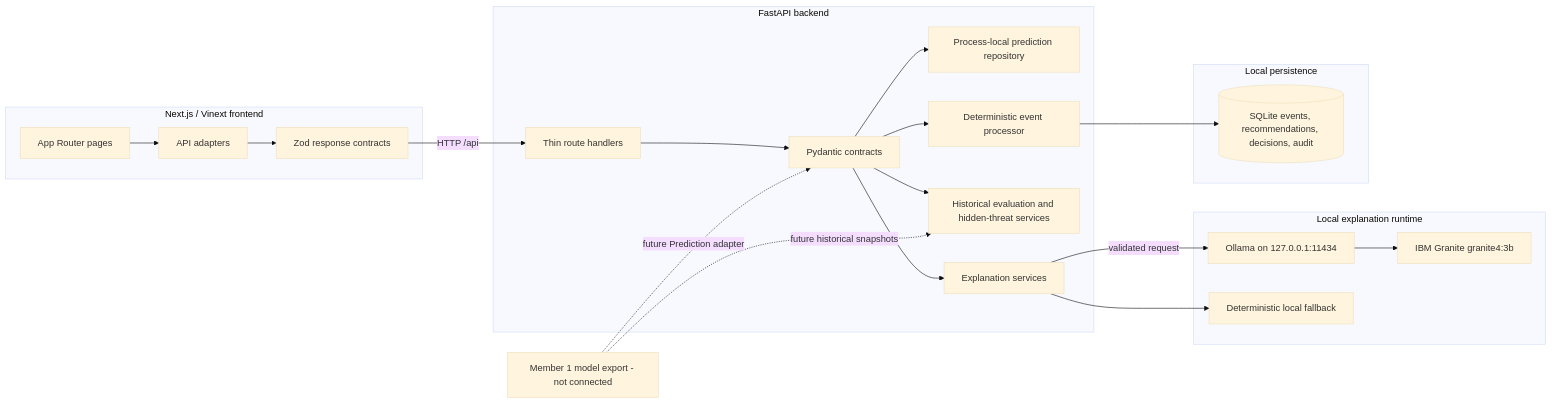
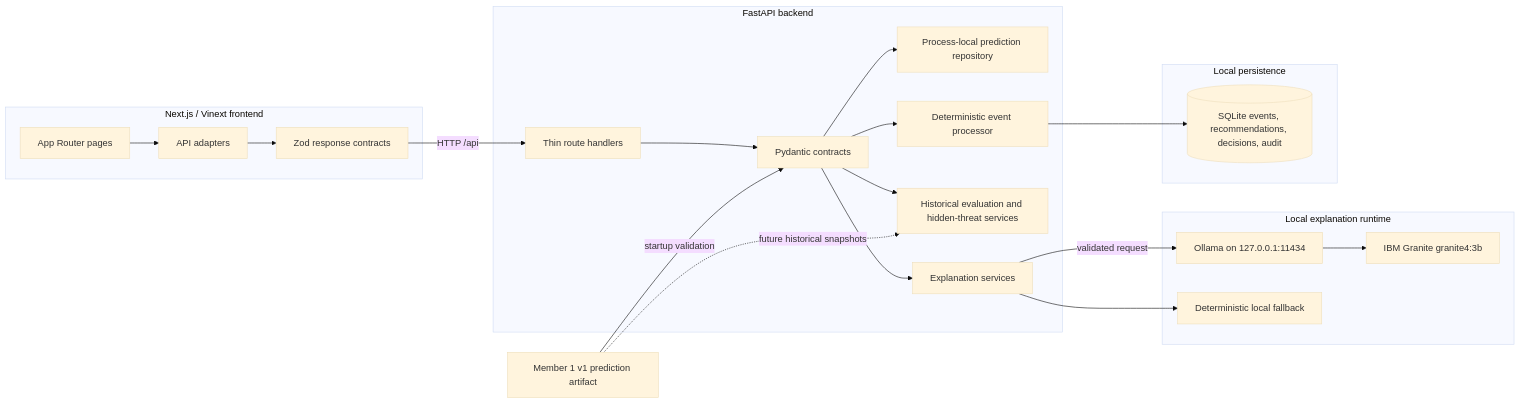
Before and after one commit to Mikop22/sheridanIBM: the first of 3 diagrams in README.md, drawn with Mermaid (base theme). The commit also changed other lines of this file and 19 other files, not shown here.

````diff
--- a/README.md
+++ b/README.md
@@ -105,43 +103,43 @@
 ```mermaid
 flowchart LR
     subgraph Browser[Next.js / Vinext frontend]
         Pages[App Router pages]
         Client[API adapters]
         Zod[Zod response contracts]
         Pages --> Client --> Zod
     end
 
     subgraph API[FastAPI backend]
         Routes[Thin route handlers]
         Pydantic[Pydantic contracts]
         Predictions[Process-local prediction repository]
         Explain[Explanation services]
         Historical[Historical evaluation and hidden-threat services]
         Events[Deterministic event processor]
         Routes --> Pydantic
         Pydantic --> Predictions
         Pydantic --> Explain
         Pydantic --> Historical
         Pydantic --> Events
     end
 
     subgraph LocalAI[Local explanation runtime]
         Ollama[Ollama on 127.0.0.1:11434]
         Granite[IBM Granite granite4:3b]
         Fallback[Deterministic local fallback]
         Ollama --> Granite
     end
 
     subgraph Persistence[Local persistence]
         SQLite[(SQLite events, recommendations, decisions, audit)]
     end
 
-    FutureModel[Member 1 model export - not connected]
+    ModelArtifact[Member 1 v1 prediction artifact]
 
     Zod -->|HTTP /api| Routes
     Explain -->|validated request| Ollama
     Explain --> Fallback
     Events --> SQLite
-    FutureModel -. future Prediction adapter .-> Pydantic
-    FutureModel -. future historical snapshots .-> Historical
+    ModelArtifact -->|startup validation| Pydantic
+    ModelArtifact -. future historical snapshots .-> Historical
 ```
````
